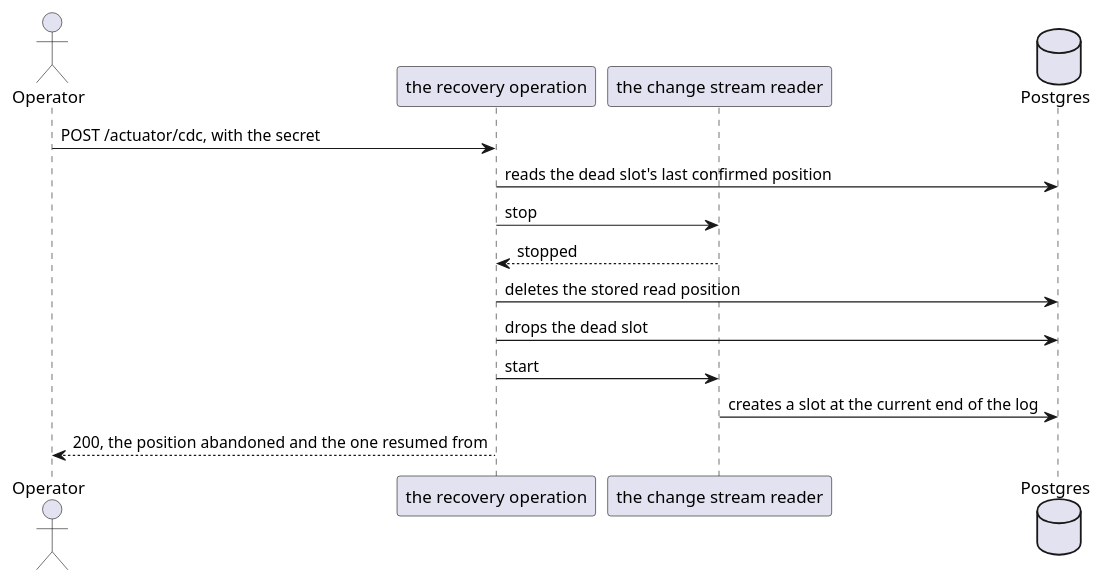
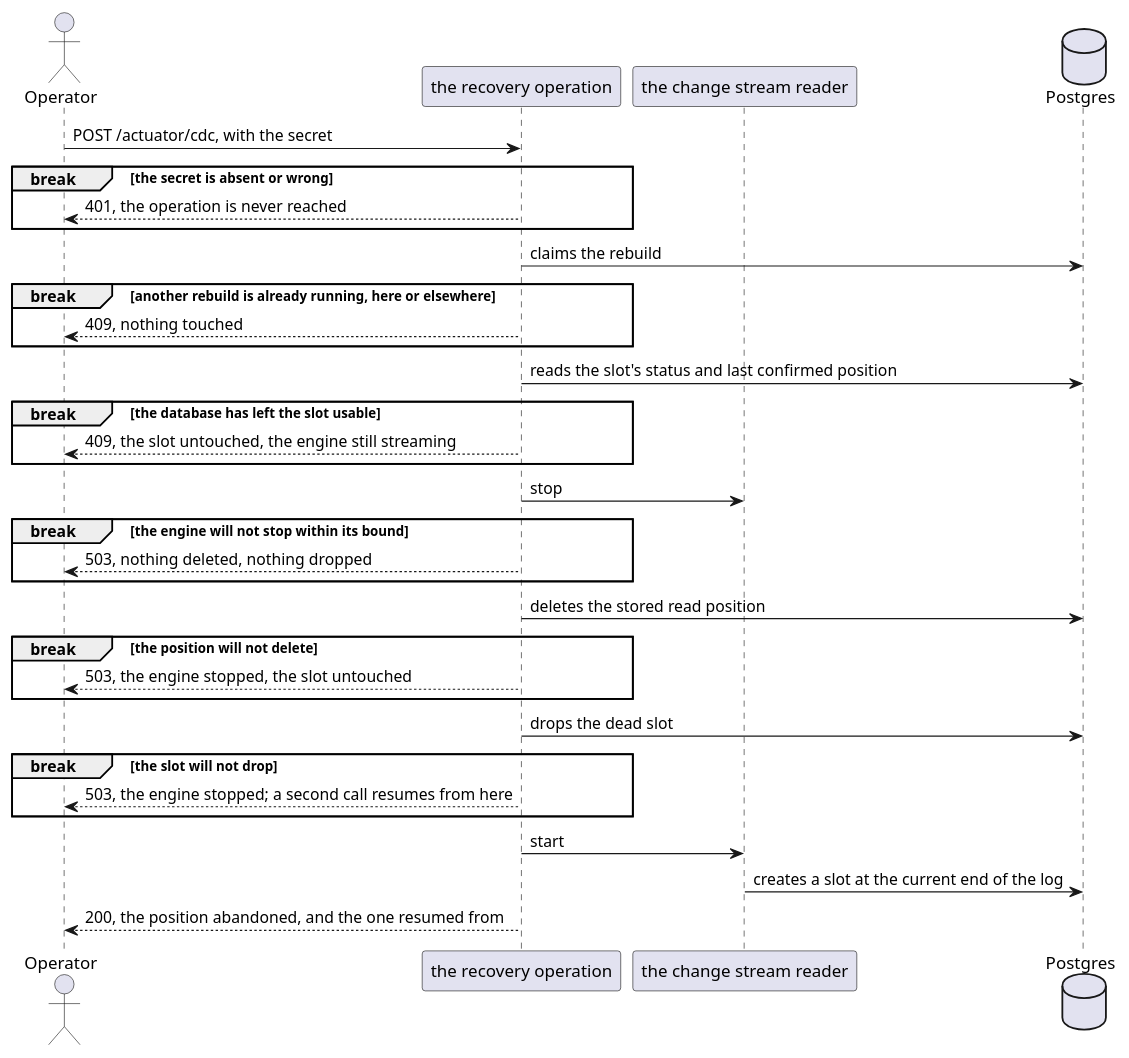
The diagram in ledger-service/docs/contracts/in/operations.md (ds-usova/finance-bot), drawn with PlantUML before and after one commit. The commit also changed other lines of this file, not shown here.

Commit message:
Documentation: fold the rebuild's refusals into the flow that produces them

````diff
--- a/ledger-service/docs/contracts/in/operations.md
+++ b/ledger-service/docs/contracts/in/operations.md
@@ -80,18 +80,48 @@
 ```plantuml
 @startuml
 actor Operator
 participant "the recovery operation" as Endpoint
 participant "the change stream reader" as Reader
 database "Postgres" as PG
 
 Operator -> Endpoint : POST /actuator/cdc, with the secret
-Endpoint -> PG : reads the dead slot's last confirmed position
+
+break the secret is absent or wrong
+    Endpoint --> Operator : 401, the operation is never reached
+end
+
+Endpoint -> PG : claims the rebuild
+
+break another rebuild is already running, here or elsewhere
+    Endpoint --> Operator : 409, nothing touched
+end
+
+Endpoint -> PG : reads the slot's status and last confirmed position
+
+break the database has left the slot usable
+    Endpoint --> Operator : 409, the slot untouched, the engine still streaming
+end
+
 Endpoint -> Reader : stop
-Reader --> Endpoint : stopped
+
+break the engine will not stop within its bound
+    Endpoint --> Operator : 503, nothing deleted, nothing dropped
+end
+
 Endpoint -> PG : deletes the stored read position
+
+break the position will not delete
+    Endpoint --> Operator : 503, the engine stopped, the slot untouched
+end
+
 Endpoint -> PG : drops the dead slot
+
+break the slot will not drop
+    Endpoint --> Operator : 503, the engine stopped; a second call resumes from here
+end
+
 Endpoint -> Reader : start
 Reader -> PG : creates a slot at the current end of the log
-Endpoint --> Operator : 200, the position abandoned and the one resumed from
+Endpoint --> Operator : 200, the position abandoned, and the one resumed from
 @enduml
 ```
````
